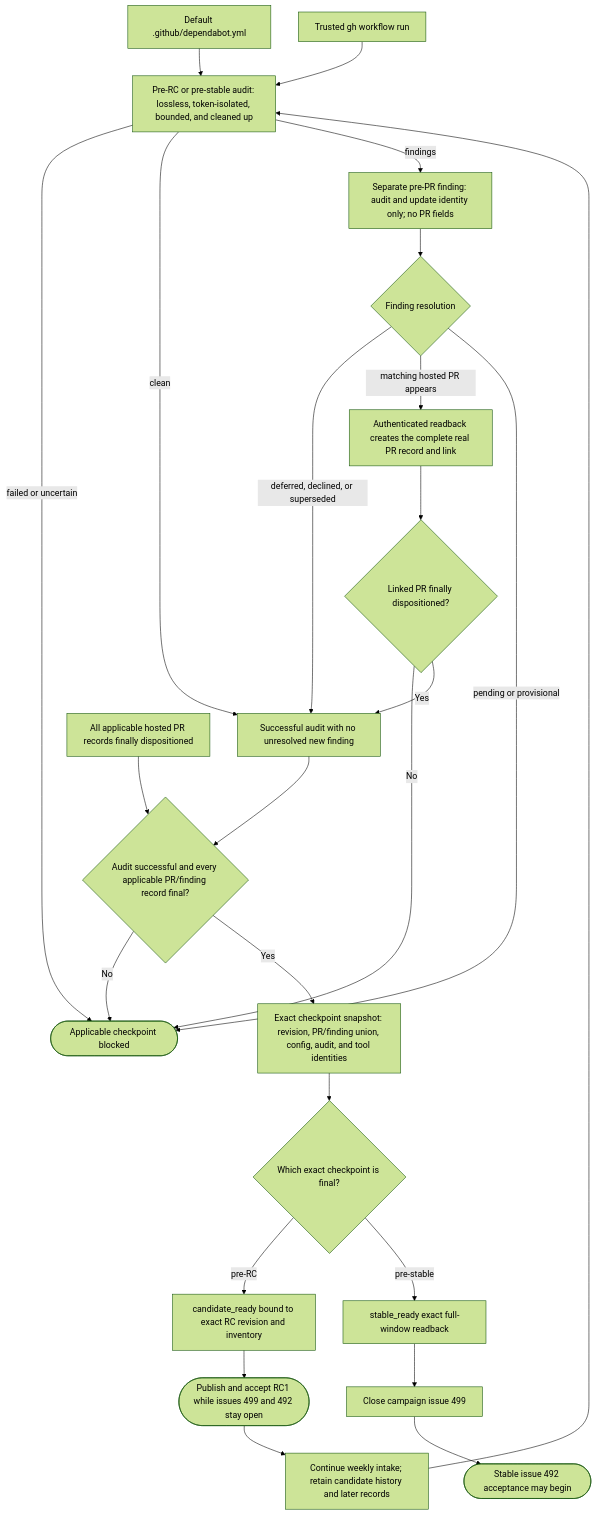
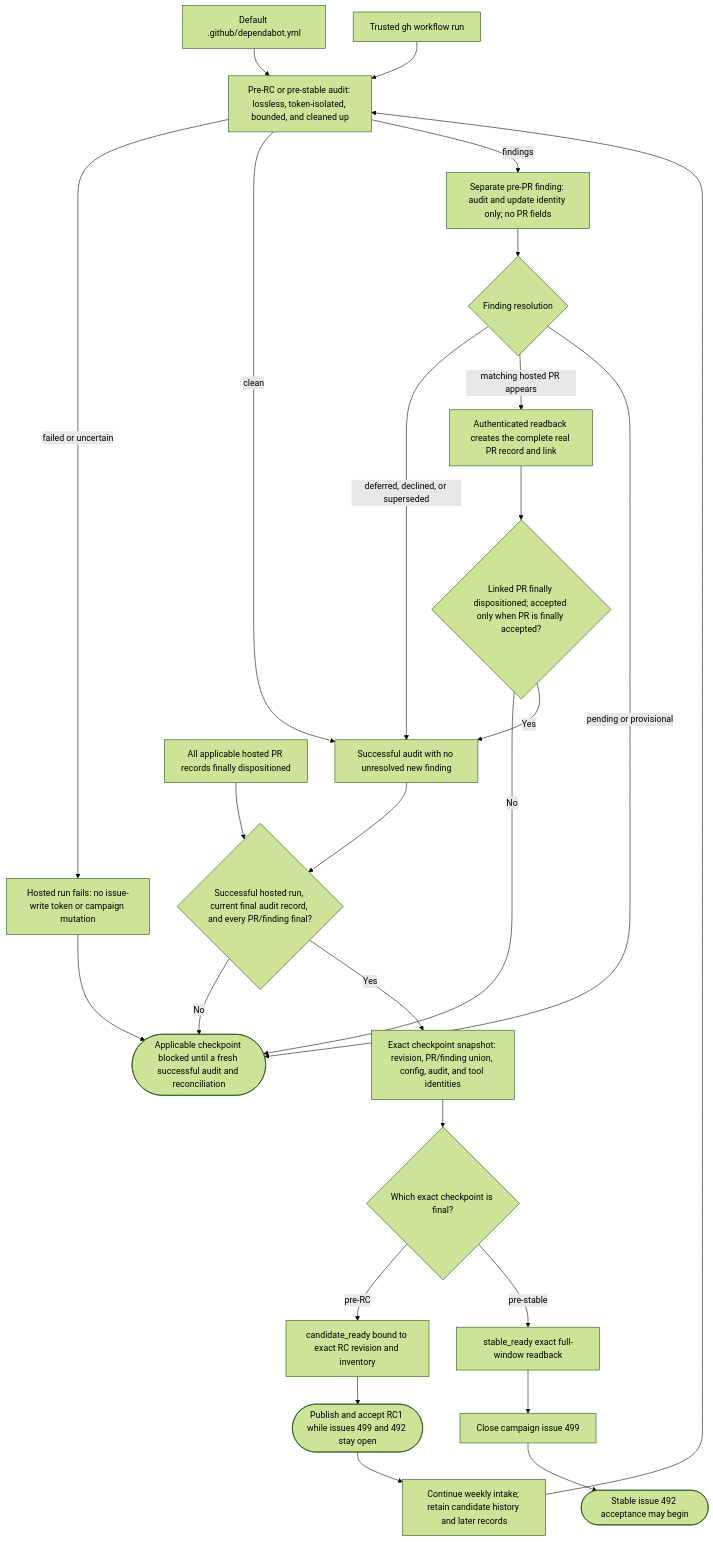
One commit to styler-ai/ProjectAtlas changed diagram 29 of 31 in docs/v050-release-architecture.md. Above: the diagram before and after it, drawn with Mermaid (forest theme). The commit also changed other lines of this file and 8 other files, not shown here.

````diff
--- a/docs/v050-release-architecture.md
+++ b/docs/v050-release-architecture.md
@@ -471,27 +471,28 @@
 ```mermaid
 flowchart TB
     Config[Default .github/dependabot.yml] --> Audit["Pre-RC or pre-stable audit: lossless, token-isolated, bounded, and cleaned up"]
     Dispatch[Trusted gh workflow run] --> Audit
-    Audit -- failed or uncertain --> Block([Applicable checkpoint blocked])
+    Audit -- failed or uncertain --> HostedFailure["Hosted run fails: no issue-write token or campaign mutation"]
+    HostedFailure --> Block([Applicable checkpoint blocked until a fresh successful audit and reconciliation])
     Audit -- clean --> AuditFinal[Successful audit with no unresolved new finding]
     Audit -- findings --> Finding["Separate pre-PR finding: audit and update identity only; no PR fields"]
     Finding --> Resolution{"Finding resolution"}
     Resolution -- deferred, declined, or superseded --> AuditFinal
     Resolution -- matching hosted PR appears --> Readback["Authenticated readback creates the complete real PR record and link"]
-    Readback --> PRFinal{"Linked PR finally dispositioned?"}
+    Readback --> PRFinal{"Linked PR finally dispositioned; accepted only when PR is finally accepted?"}
     PRFinal -- No --> Block
     PRFinal -- Yes --> AuditFinal
     Resolution -- pending or provisional --> Block
-    AuditFinal --> Gate{"Audit successful and every applicable PR/finding record final?"}
+    AuditFinal --> Gate{"Successful hosted run, current final audit record, and every PR/finding final?"}
     PRRecords[All applicable hosted PR records finally dispositioned] --> Gate
     Gate -- No --> Block
     Gate -- Yes --> Snapshot["Exact checkpoint snapshot: revision, PR/finding union, config, audit, and tool identities"]
     Snapshot --> Stage{"Which exact checkpoint is final?"}
     Stage -- pre-RC --> CandidateReady[candidate_ready bound to exact RC revision and inventory]
     CandidateReady --> RC1([Publish and accept RC1 while issues 499 and 492 stay open])
     RC1 --> StableWindow["Continue weekly intake; retain candidate history and later records"]
     StableWindow --> Audit
     Stage -- pre-stable --> StableReady[stable_ready exact full-window readback]
     StableReady --> Close499[Close campaign issue 499]
     Close499 --> Release([Stable issue 492 acceptance may begin])
 ```
````
